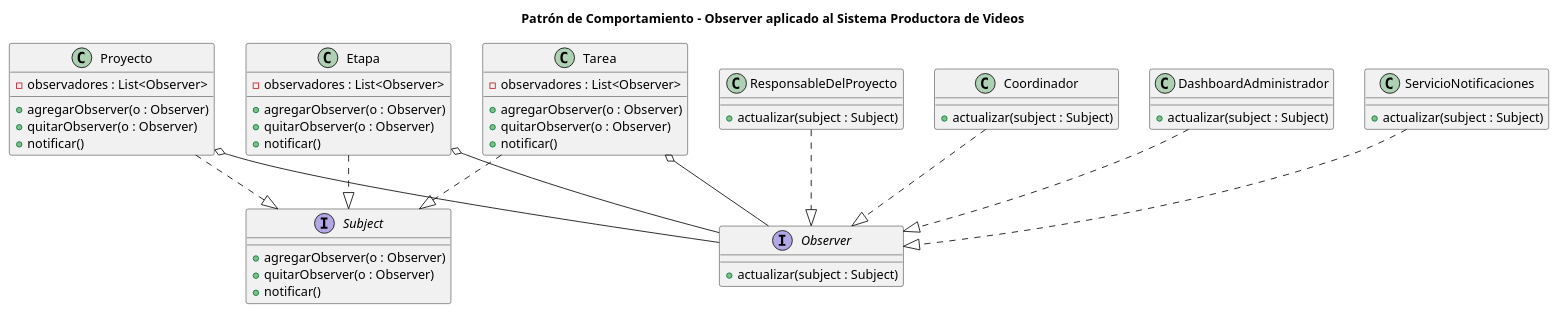
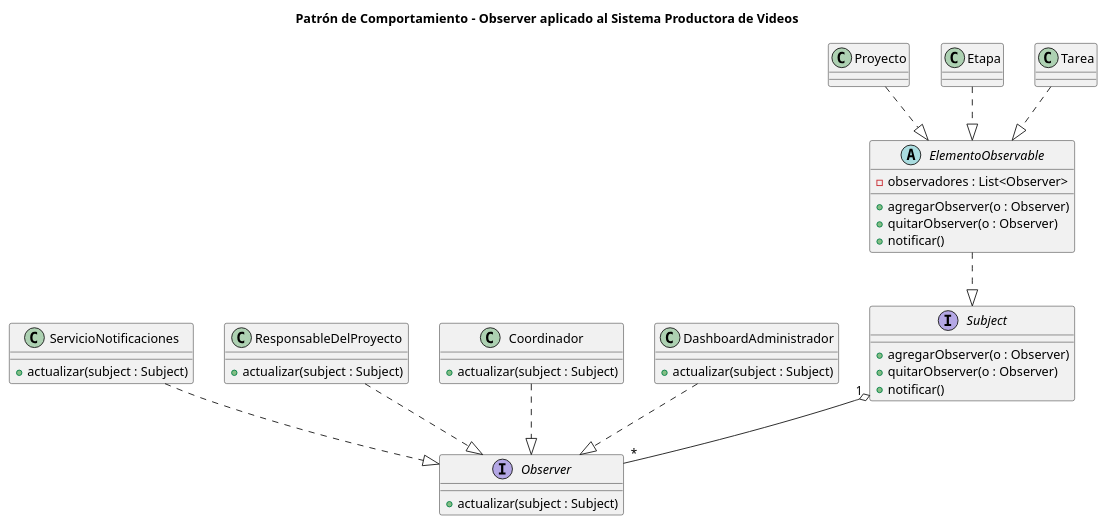
Before and after one commit to 9919-Mili/SistemaProductoraVideos: the diagram in diagramas/01-diagrama-clases/01-patron-comportamiento-observer.puml, drawn with PlantUML. The commit also changed 2 other files, not shown here.

```diff
--- a/diagramas/01-diagrama-clases/01-patron-comportamiento-observer.puml
+++ b/diagramas/01-diagrama-clases/01-patron-comportamiento-observer.puml
@@ -1,64 +1,54 @@
-@startuml
+@startuml 01-patron-comportamiento-observer
 
 title Patrón de Comportamiento – Observer aplicado al Sistema Productora de Videos
 
 interface Subject {
     +agregarObserver(o : Observer)
     +quitarObserver(o : Observer)
     +notificar()
 }
 
 interface Observer {
     +actualizar(subject : Subject)
 }
 
-class Proyecto {
+abstract class ElementoObservable {
     -observadores : List<Observer>
     +agregarObserver(o : Observer)
     +quitarObserver(o : Observer)
     +notificar()
 }
 
-class Etapa {
-    -observadores : List<Observer>
-    +agregarObserver(o : Observer)
-    +quitarObserver(o : Observer)
-    +notificar()
-}
-
-class Tarea {
-    -observadores : List<Observer>
-    +agregarObserver(o : Observer)
-    +quitarObserver(o : Observer)
-    +notificar()
-}
+class Proyecto
+class Etapa
+class Tarea
 
 class ServicioNotificaciones {
     +actualizar(subject : Subject)
 }
 
 class ResponsableDelProyecto {
     +actualizar(subject : Subject)
 }
 
 class Coordinador {
     +actualizar(subject : Subject)
 }
 
 class DashboardAdministrador {
     +actualizar(subject : Subject)
 }
 
-Proyecto ..|> Subject
-Etapa ..|> Subject
-Tarea ..|> Subject
+ElementoObservable ..|> Subject
+Proyecto ..|> ElementoObservable
+Etapa ..|> ElementoObservable
+Tarea ..|> ElementoObservable
 
 ServicioNotificaciones ..|> Observer
 ResponsableDelProyecto ..|> Observer
 Coordinador ..|> Observer
 DashboardAdministrador ..|> Observer
-Proyecto o-- Observer
-Etapa o-- Observer
-Tarea o-- Observer
+
+Subject "1" o-- "*" Observer
 
 @enduml
```
